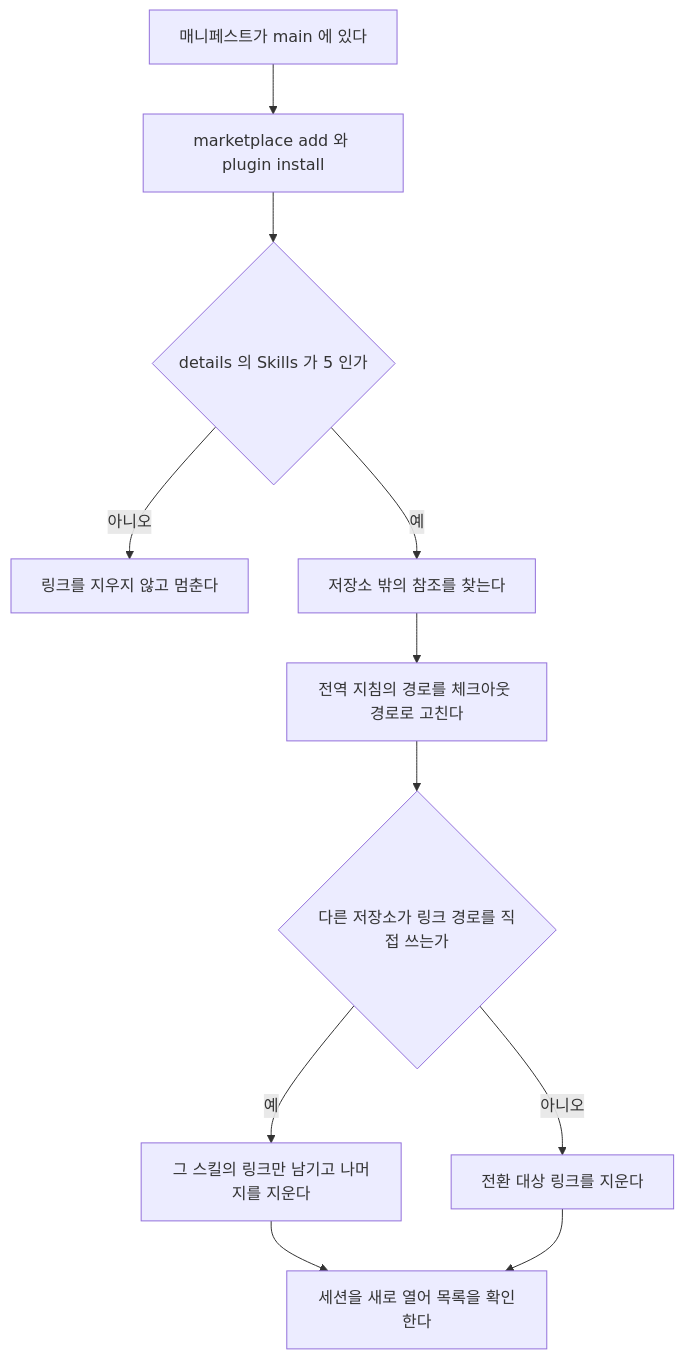
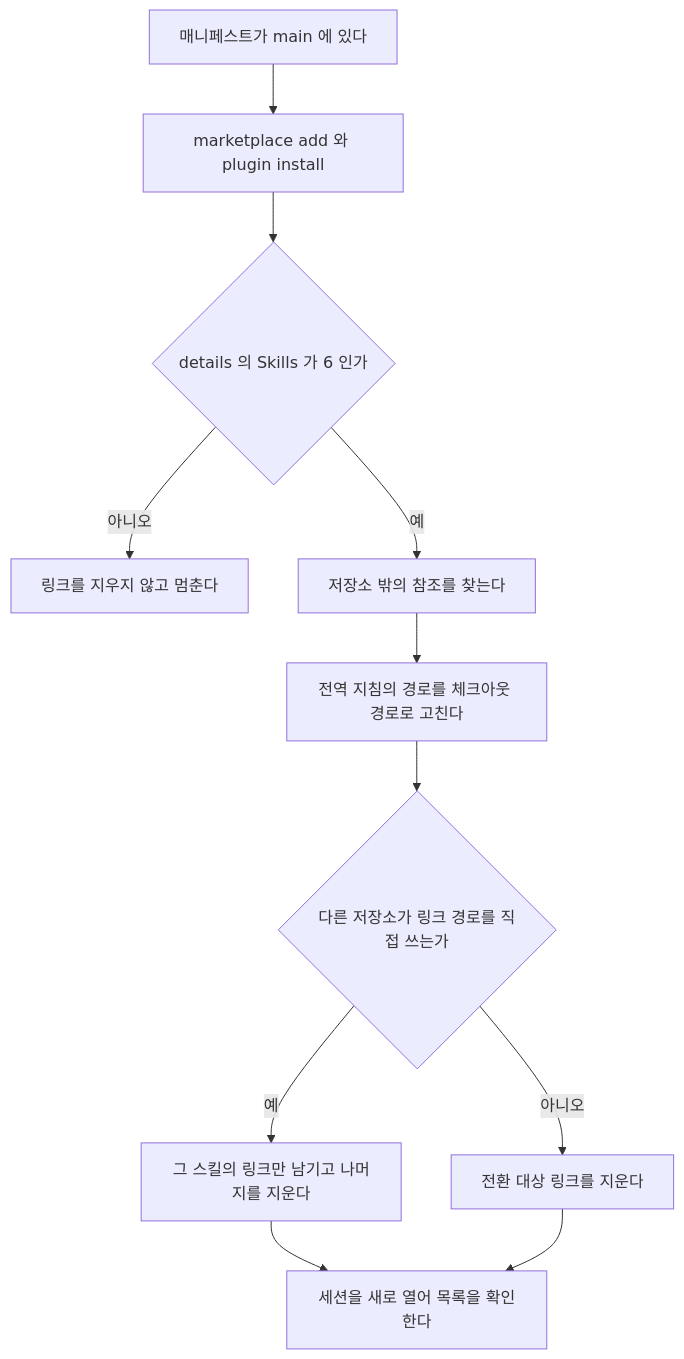
The fourth of 4 diagrams in docs/flow.md (jon890/fos-skills), drawn with Mermaid before and after one commit. The commit also changed other lines of this file and 4 other files, not shown here.

````diff
--- a/docs/flow.md
+++ b/docs/flow.md
@@ -102,13 +102,13 @@
 ```mermaid
 flowchart TD
     A[매니페스트가 main 에 있다] --> B[marketplace add 와 plugin install]
-    B --> C{details 의 Skills 가 5 인가}
+    B --> C{details 의 Skills 가 6 인가}
     C -- 아니오 --> C1[링크를 지우지 않고 멈춘다]
     C -- 예 --> D[저장소 밖의 참조를 찾는다]
     D --> E[전역 지침의 경로를 체크아웃 경로로 고친다]
     E --> F{다른 저장소가 링크 경로를 직접 쓰는가}
     F -- 예 --> G[그 스킬의 링크만 남기고 나머지를 지운다]
     F -- 아니오 --> H[전환 대상 링크를 지운다]
     G --> I[세션을 새로 열어 목록을 확인한다]
     H --> I
 ```
````
